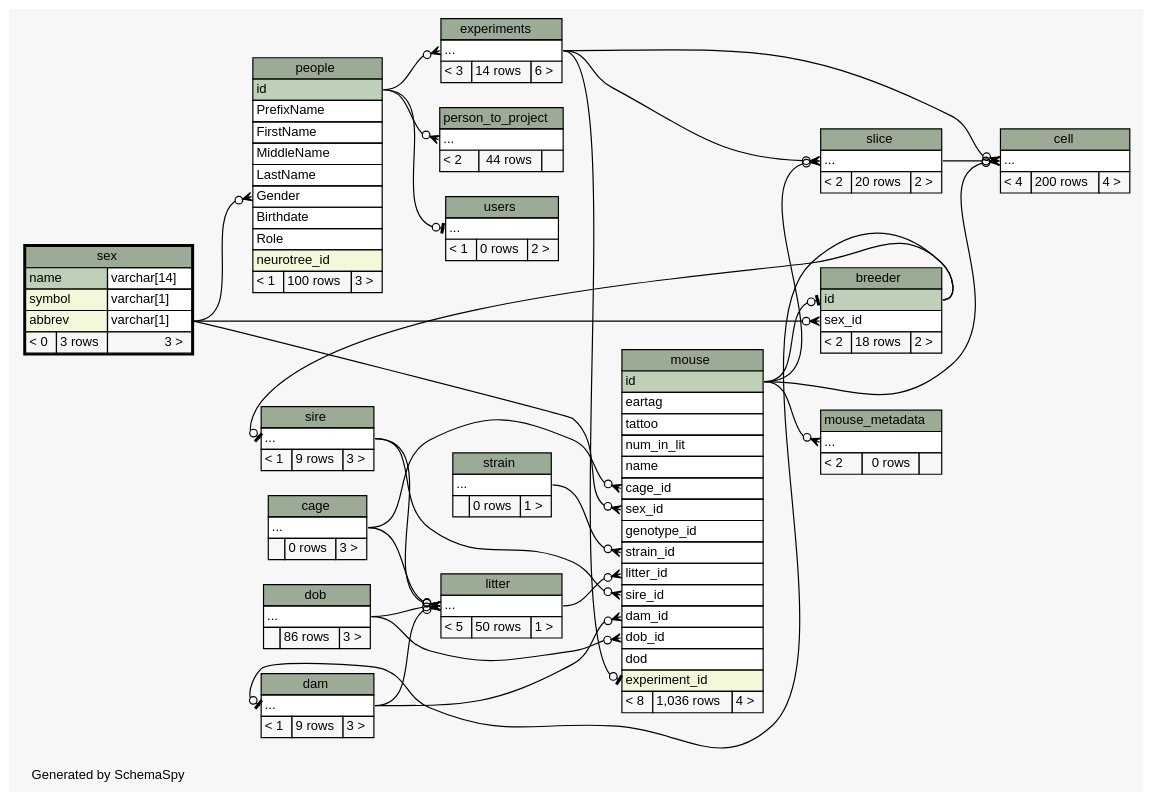
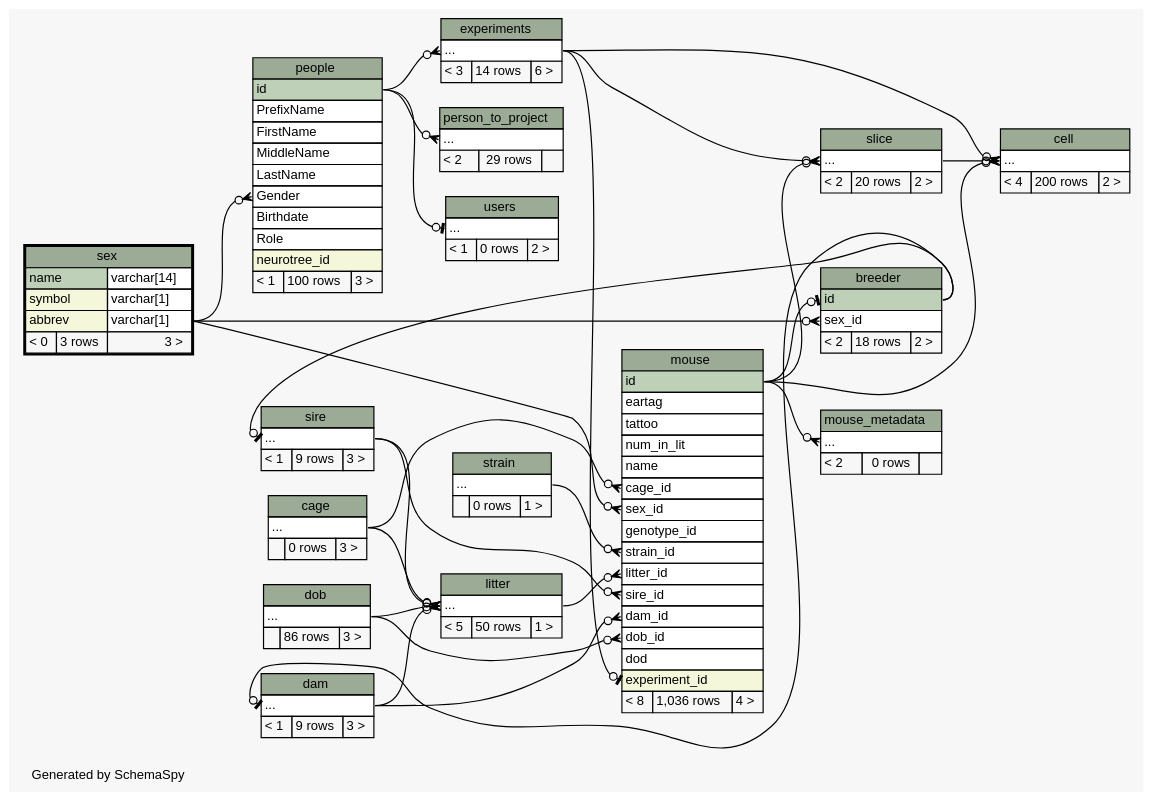
The diagram in database/ss/diagrams/sex.2degrees.dot (tgbugs/mlab), drawn with Graphviz before and after one commit. The commit also changed 161 other files, not shown here.

```diff
--- a/database/ss/diagrams/sex.2degrees.dot
+++ b/database/ss/diagrams/sex.2degrees.dot
@@ -71,7 +71,7 @@
     <TABLE BORDER="0" CELLBORDER="1" CELLSPACING="0" BGCOLOR="#ffffff">
       <TR><TD COLSPAN="3" BGCOLOR="#9bab96" ALIGN="CENTER">cell</TD></TR>
       <TR><TD PORT="elipses" COLSPAN="3" ALIGN="LEFT">...</TD></TR>
-      <TR><TD ALIGN="LEFT" BGCOLOR="#f7f7f7">&lt; 4</TD><TD ALIGN="RIGHT" BGCOLOR="#f7f7f7">200 rows</TD><TD ALIGN="RIGHT" BGCOLOR="#f7f7f7">4 &gt;</TD></TR>
+      <TR><TD ALIGN="LEFT" BGCOLOR="#f7f7f7">&lt; 4</TD><TD ALIGN="RIGHT" BGCOLOR="#f7f7f7">200 rows</TD><TD ALIGN="RIGHT" BGCOLOR="#f7f7f7">2 &gt;</TD></TR>
     </TABLE>>
     URL="cell.html"
     tooltip="cell"
@@ -173,7 +173,7 @@
     <TABLE BORDER="0" CELLBORDER="1" CELLSPACING="0" BGCOLOR="#ffffff">
       <TR><TD COLSPAN="3" BGCOLOR="#9bab96" ALIGN="CENTER">person_to_project</TD></TR>
       <TR><TD PORT="elipses" COLSPAN="3" ALIGN="LEFT">...</TD></TR>
-      <TR><TD ALIGN="LEFT" BGCOLOR="#f7f7f7">&lt; 2</TD><TD ALIGN="RIGHT" BGCOLOR="#f7f7f7">44 rows</TD><TD ALIGN="RIGHT" BGCOLOR="#f7f7f7">  </TD></TR>
+      <TR><TD ALIGN="LEFT" BGCOLOR="#f7f7f7">&lt; 2</TD><TD ALIGN="RIGHT" BGCOLOR="#f7f7f7">29 rows</TD><TD ALIGN="RIGHT" BGCOLOR="#f7f7f7">  </TD></TR>
     </TABLE>>
     URL="person_to_project.html"
     tooltip="person_to_project"
```
